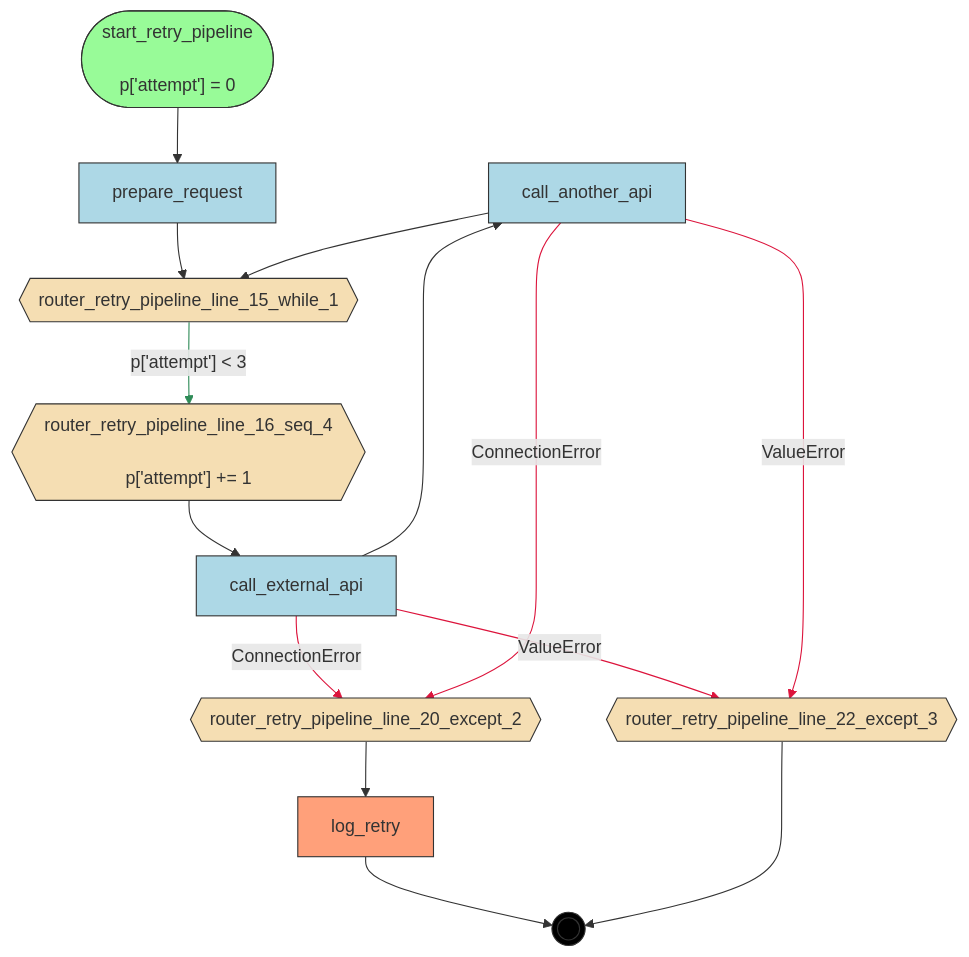
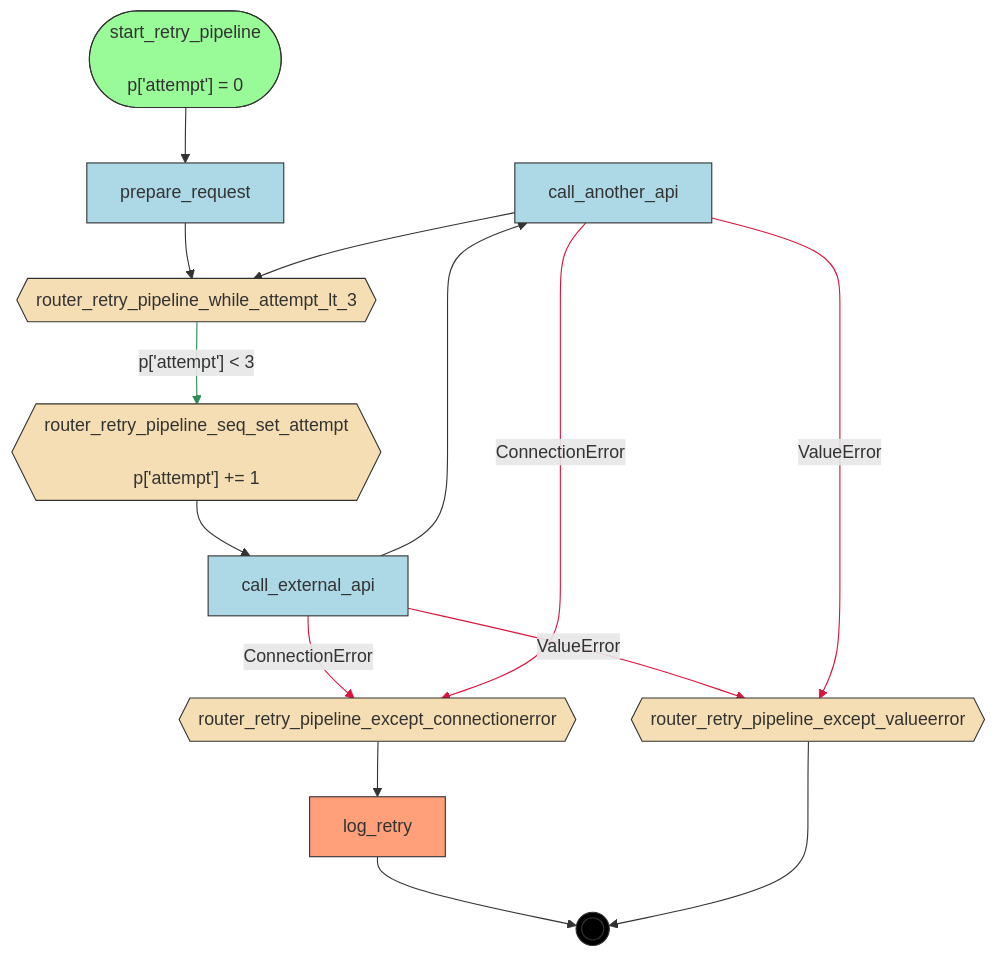
Before and after one commit to deliveryhero/asya: the diagram in examples/flows/compiled/try_except_retry_loop/flow.mmd, drawn with Mermaid. The commit also changed 1078 other files, not shown here.

First line of the commit message:
feat(compiler): semantic router naming — AST-based instead of line-number-based [tos9]

```diff
--- a/examples/flows/compiled/try_except_retry_loop/flow.mmd
+++ b/examples/flows/compiled/try_except_retry_loop/flow.mmd
@@ -1,40 +1,40 @@
 flowchart TD
     %% Flow: retry_pipeline
 
     call_another_api[call_another_api]
     call_external_api[call_external_api]
     log_retry[log_retry]
     prepare_request[prepare_request]
-    router_retry_pipeline_line_15_while_1{{router_retry_pipeline_line_15_while_1}}
-    router_retry_pipeline_line_16_seq_4{{"router_retry_pipeline_line_16_seq_4<br/><br/>p['attempt'] += 1"}}
-    router_retry_pipeline_line_20_except_2{{router_retry_pipeline_line_20_except_2}}
-    router_retry_pipeline_line_22_except_3{{router_retry_pipeline_line_22_except_3}}
+    router_retry_pipeline_except_connectionerror{{router_retry_pipeline_except_connectionerror}}
+    router_retry_pipeline_except_valueerror{{router_retry_pipeline_except_valueerror}}
+    router_retry_pipeline_seq_set_attempt{{"router_retry_pipeline_seq_set_attempt<br/><br/>p['attempt'] += 1"}}
+    router_retry_pipeline_while_attempt_lt_3{{router_retry_pipeline_while_attempt_lt_3}}
     start_retry_pipeline(["start_retry_pipeline<br/><br/>p['attempt'] = 0"])
     __end__((( )))
 
     start_retry_pipeline --> prepare_request
-    prepare_request --> router_retry_pipeline_line_15_while_1
-    router_retry_pipeline_line_20_except_2 --> log_retry
-    router_retry_pipeline_line_16_seq_4 --> call_external_api
+    prepare_request --> router_retry_pipeline_while_attempt_lt_3
+    router_retry_pipeline_except_connectionerror --> log_retry
+    router_retry_pipeline_seq_set_attempt --> call_external_api
     call_external_api --> call_another_api
-    router_retry_pipeline_line_15_while_1 -->|"p['attempt'] < 3"| router_retry_pipeline_line_16_seq_4
-    call_external_api -->|"ConnectionError"| router_retry_pipeline_line_20_except_2
-    call_external_api -->|"ValueError"| router_retry_pipeline_line_22_except_3
-    call_another_api -->|"ConnectionError"| router_retry_pipeline_line_20_except_2
-    call_another_api -->|"ValueError"| router_retry_pipeline_line_22_except_3
-    call_another_api --> router_retry_pipeline_line_15_while_1
+    router_retry_pipeline_while_attempt_lt_3 -->|"p['attempt'] < 3"| router_retry_pipeline_seq_set_attempt
+    call_external_api -->|"ConnectionError"| router_retry_pipeline_except_connectionerror
+    call_external_api -->|"ValueError"| router_retry_pipeline_except_valueerror
+    call_another_api -->|"ConnectionError"| router_retry_pipeline_except_connectionerror
+    call_another_api -->|"ValueError"| router_retry_pipeline_except_valueerror
+    call_another_api --> router_retry_pipeline_while_attempt_lt_3
     log_retry --> __end__
-    router_retry_pipeline_line_22_except_3 --> __end__
+    router_retry_pipeline_except_valueerror --> __end__
 
     classDef start fill:#98FB98,stroke:#333
     classDef endnode fill:#FFA07A,stroke:#333
     classDef router fill:#F5DEB3,stroke:#333
     classDef handler fill:#ADD8E6,stroke:#333
     classDef endpoint fill:#000,stroke:#333,color:#fff
     class start_retry_pipeline start
     class log_retry endnode
-    class router_retry_pipeline_line_15_while_1,router_retry_pipeline_line_16_seq_4,router_retry_pipeline_line_20_except_2,router_retry_pipeline_line_22_except_3 router
+    class router_retry_pipeline_except_connectionerror,router_retry_pipeline_except_valueerror,router_retry_pipeline_seq_set_attempt,router_retry_pipeline_while_attempt_lt_3 router
     class call_another_api,call_external_api,prepare_request handler
     class __end__ endpoint
     linkStyle 5 stroke:#2E8B57
     linkStyle 6,7,8,9 stroke:#DC143C
```
